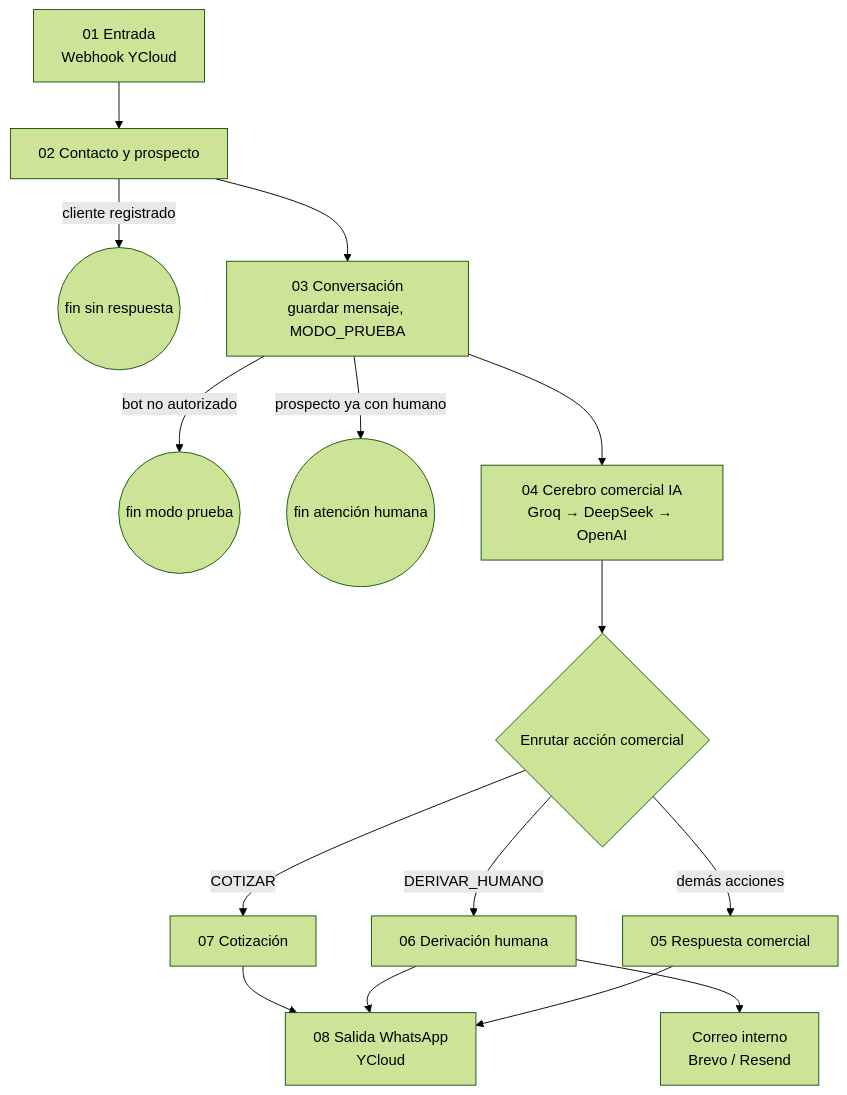
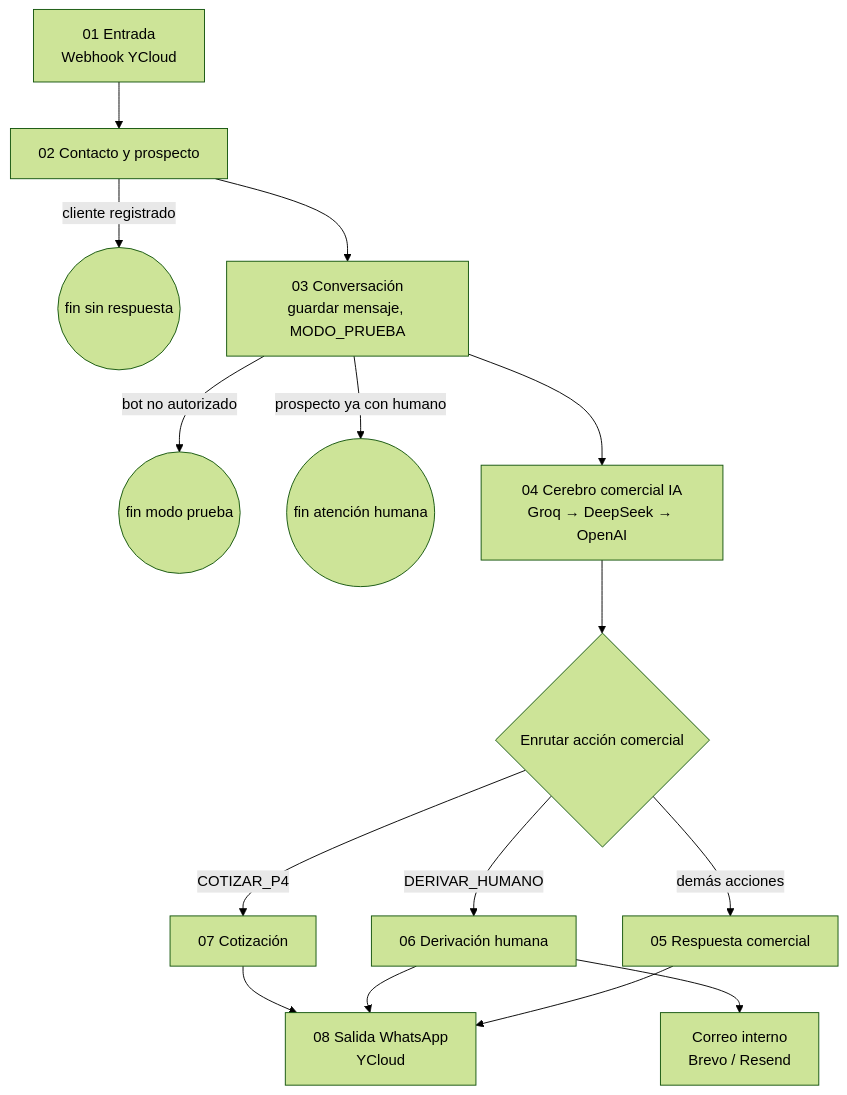
Before and after one commit to Theborycuas/pegaso-n8n: the first of 2 diagrams in docs/arquitectura.md, drawn with Mermaid (forest theme). The commit also changed other lines of this file and 50 other files, not shown here.

````diff
--- a/docs/arquitectura.md
+++ b/docs/arquitectura.md
@@ -20,17 +20,17 @@
 ```mermaid
 flowchart TD
     A[01 Entrada<br/>Webhook YCloud] --> B[02 Contacto y prospecto]
     B -->|cliente registrado| X1((fin sin respuesta))
     B --> C[03 Conversación<br/>guardar mensaje, MODO_PRUEBA]
     C -->|bot no autorizado| X2((fin modo prueba))
     C -->|prospecto ya con humano| X3((fin atención humana))
     C --> D[04 Cerebro comercial IA<br/>Groq → DeepSeek → OpenAI]
     D --> S{Enrutar acción comercial}
-    S -->|COTIZAR| F[07 Cotización]
+    S -->|COTIZAR_P4| F[07 Cotización]
     S -->|DERIVAR_HUMANO| E[06 Derivación humana]
     S -->|demás acciones| R[05 Respuesta comercial]
     F --> W[08 Salida WhatsApp<br/>YCloud]
     E --> W
     R --> W
     E --> N[Correo interno<br/>Brevo / Resend]
 ```
````
